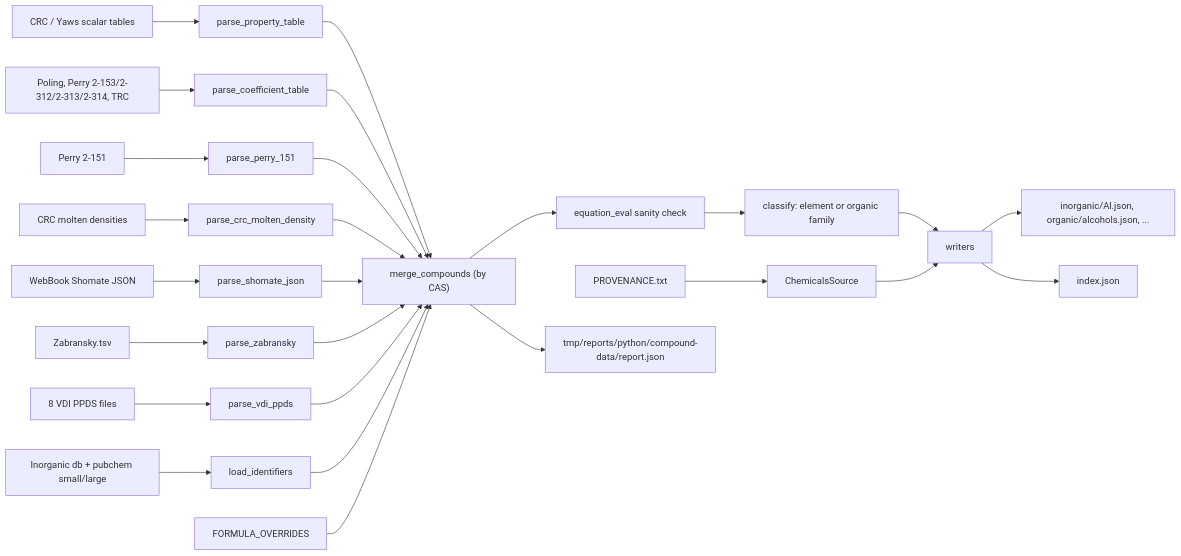
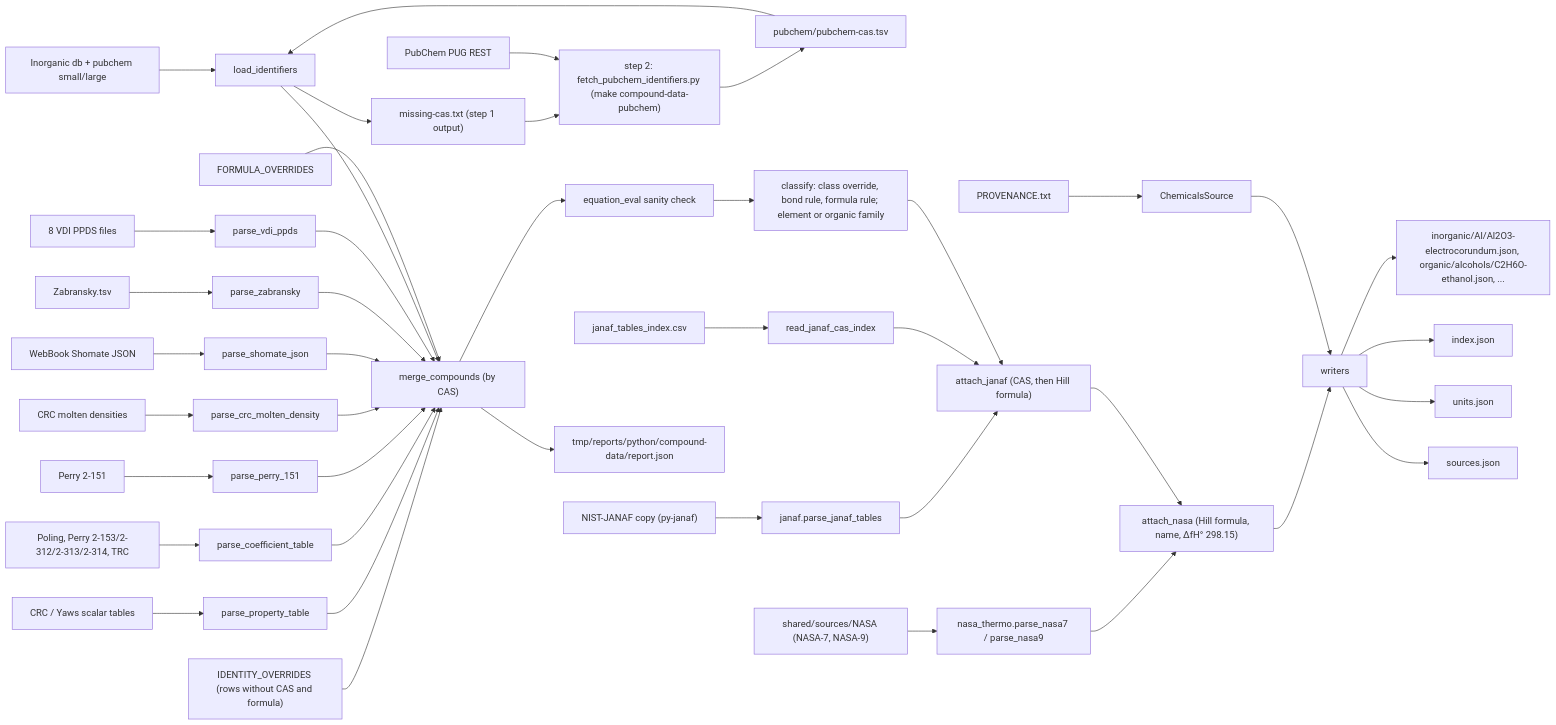
One commit to zakhovalkopavel/thermal-software changed the diagram in docs/scripts/COMPOUND_DATA_SPEC.md. Above: the diagram before and after it, drawn with Mermaid. The commit also changed other lines of this file and 157 other files, not shown here.

Commit message:
Added script to parse and prepare compounds data datasets

````diff
--- a/docs/scripts/COMPOUND_DATA_SPEC.md
+++ b/docs/scripts/COMPOUND_DATA_SPEC.md
@@ -118,28 +141,44 @@
 ```mermaid
 flowchart LR
   provenance["PROVENANCE.txt"] --> source["ChemicalsSource"]
   scalarTables["CRC / Yaws scalar tables"] --> propParser["parse_property_table"]
   coeffTables["Poling, Perry 2-153/2-312/2-313/2-314, TRC"] --> coeffParser["parse_coefficient_table"]
   perry151["Perry 2-151"] --> perryParser["parse_perry_151"]
   molten["CRC molten densities"] --> moltenParser["parse_crc_molten_density"]
   shomateJson["WebBook Shomate JSON"] --> shomateParser["parse_shomate_json"]
   zabransky["Zabransky.tsv"] --> zabParser["parse_zabransky"]
   vdi["8 VDI PPDS files"] --> vdiParser["parse_vdi_ppds"]
+  identity["IDENTITY_OVERRIDES (rows without CAS and formula)"] --> merger
   ids["Inorganic db + pubchem small/large"] --> resolver["load_identifiers"]
+  resolver --> missingCas["missing-cas.txt (step 1 output)"]
+  missingCas --> fetch["step 2: fetch_pubchem_identifiers.py (make compound-data-pubchem)"]
+  pubchemApi["PubChem PUG REST"] --> fetch
+  fetch --> pubchemCache["pubchem/pubchem-cas.tsv"]
+  pubchemCache --> resolver
+  janafTables["NIST-JANAF copy (py-janaf)"] --> janafParser["janaf.parse_janaf_tables"]
+  janafCas["janaf_tables_index.csv"] --> janafCasReader["read_janaf_cas_index"]
+  janafParser --> janafLinks["attach_janaf (CAS, then Hill formula)"]
+  janafCasReader --> janafLinks
+  nasaSources["shared/sources/NASA (NASA-7, NASA-9)"] --> nasaParser["nasa_thermo.parse_nasa7 / parse_nasa9"]
+  nasaParser --> nasaLinks["attach_nasa (Hill formula, name, ΔfH° 298.15)"]
   propParser --> merger["merge_compounds (by CAS)"]
   coeffParser --> merger
   perryParser --> merger
   moltenParser --> merger
   shomateParser --> merger
   zabParser --> merger
   vdiParser --> merger
   resolver --> merger
   overrides["FORMULA_OVERRIDES"] --> merger
   merger --> sanity["equation_eval sanity check"]
-  sanity --> classify["classify: element or organic family"]
-  classify --> writer["writers"]
+  sanity --> classify["classify: class override, bond rule, formula rule; element or organic family"]
+  classify --> janafLinks
+  janafLinks --> nasaLinks
+  nasaLinks --> writer["writers"]
   source --> writer
-  writer --> groupFiles["inorganic/Al.json, organic/alcohols.json, ..."]
+  writer --> compoundFiles["inorganic/Al/Al2O3-electrocorundum.json, organic/alcohols/C2H6O-ethanol.json, ..."]
   writer --> indexFile["index.json"]
+  writer --> unitsFile["units.json"]
+  writer --> sourcesFile["sources.json"]
   merger --> report["tmp/reports/python/compound-data/report.json"]
 ```
````
